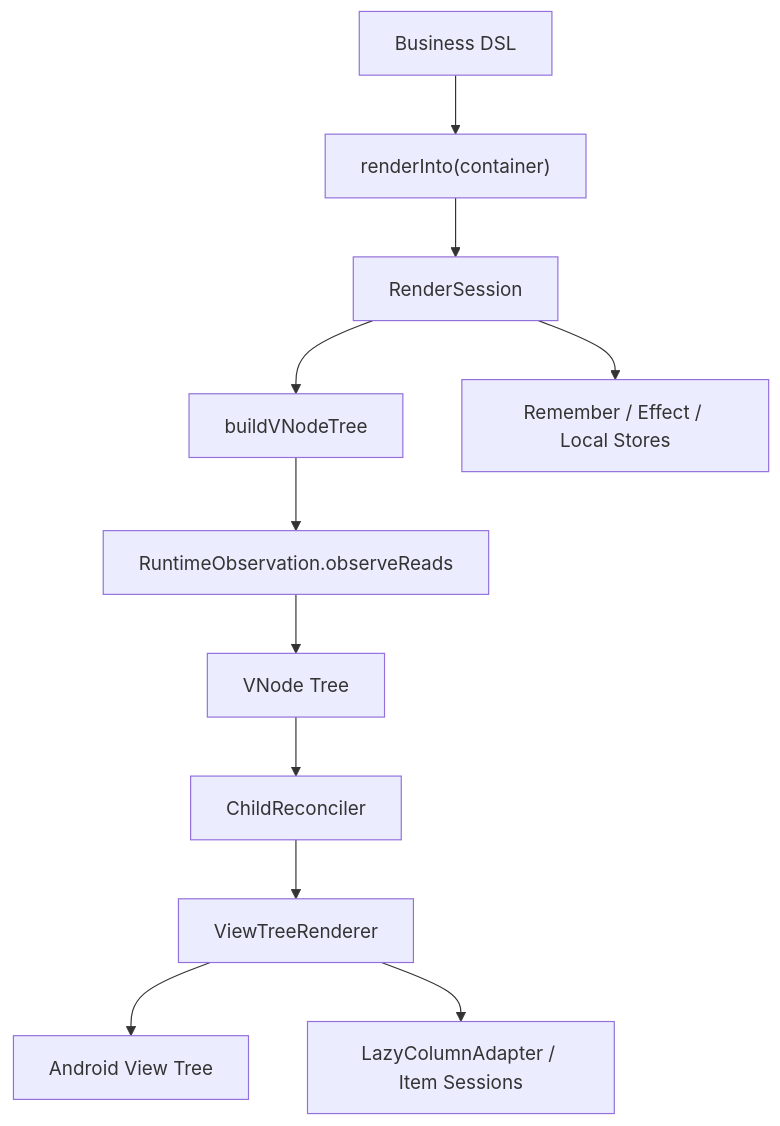
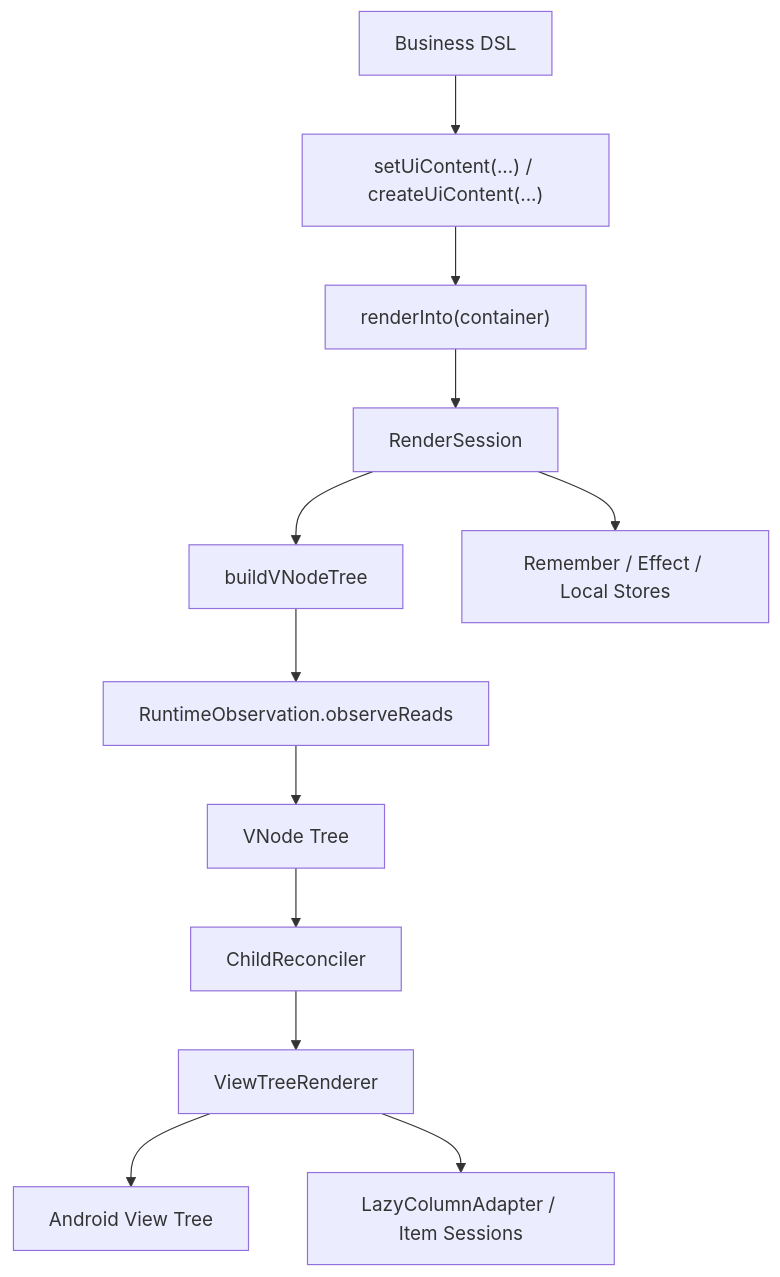
Before and after one commit to guozhiqiang123/ViewCompose: the diagram in ARCHITECTURE.md, drawn with Mermaid. The commit also changed other lines of this file and 4 other files, not shown here.

````diff
--- a/ARCHITECTURE.md
+++ b/ARCHITECTURE.md
@@ -260,13 +261,14 @@
 ```mermaid
 flowchart TD
-    A["Business DSL"] --> B["renderInto(container)"]
-    B --> C["RenderSession"]
-    C --> D["buildVNodeTree"]
-    D --> E["RuntimeObservation.observeReads"]
-    E --> F["VNode Tree"]
-    F --> G["ChildReconciler"]
-    G --> H["ViewTreeRenderer"]
-    H --> I["Android View Tree"]
-    C --> J["Remember / Effect / Local Stores"]
-    H --> K["LazyColumnAdapter / Item Sessions"]
+    A["Business DSL"] --> B["setUiContent(...) / createUiContent(...)"]
+    B --> C["renderInto(container)"]
+    C --> D["RenderSession"]
+    D --> E["buildVNodeTree"]
+    E --> F["RuntimeObservation.observeReads"]
+    F --> G["VNode Tree"]
+    G --> H["ChildReconciler"]
+    H --> I["ViewTreeRenderer"]
+    I --> J["Android View Tree"]
+    D --> K["Remember / Effect / Local Stores"]
+    I --> L["LazyColumnAdapter / Item Sessions"]
 ```
````
